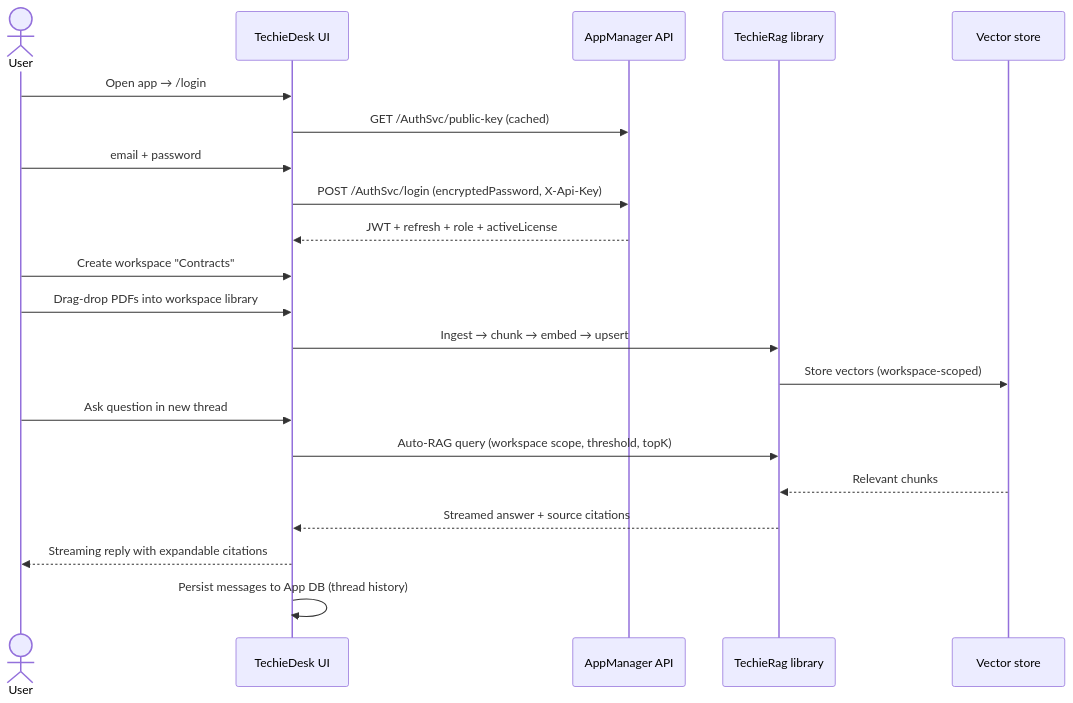
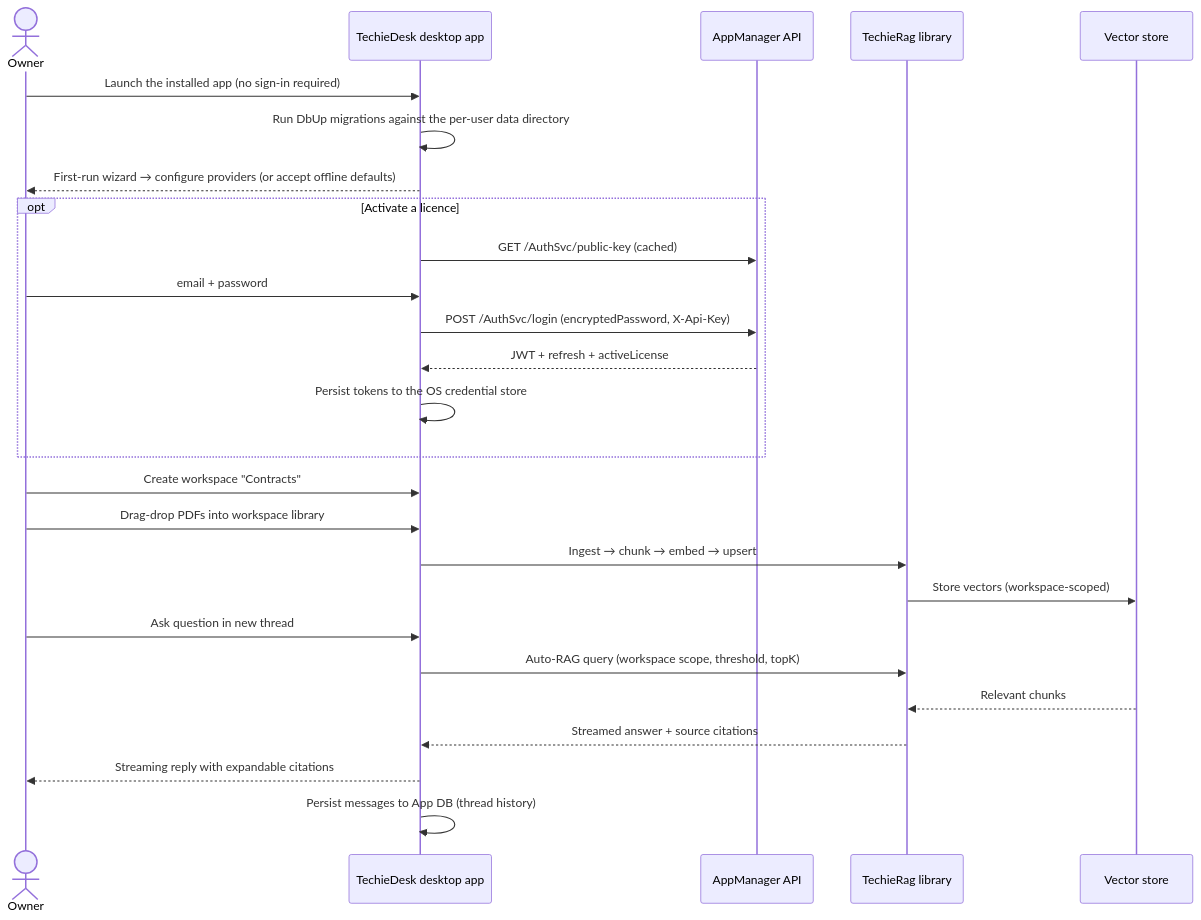
The second of 4 diagrams in docs/TechieDesk-BRD.md (techierathore/TechieRag), drawn with Mermaid before and after one commit. The commit also changed other lines of this file and 954 other files, not shown here.

Commit message:
Developing TechieDesk In Progress

````diff
--- a/docs/TechieDesk-BRD.md
+++ b/docs/TechieDesk-BRD.md
@@ -160,23 +176,28 @@
 ```mermaid
 sequenceDiagram
-  actor U as User
-  participant W as TechieDesk UI
+  actor U as Owner
+  participant W as TechieDesk desktop app
   participant AM as AppManager API
   participant L as TechieRag library
   participant V as Vector store
-  U->>W: Open app → /login
-  W->>AM: GET /AuthSvc/public-key (cached)
-  U->>W: email + password
-  W->>AM: POST /AuthSvc/login (encryptedPassword, X-Api-Key)
-  AM-->>W: JWT + refresh + role + activeLicense
+  U->>W: Launch the installed app (no sign-in required)
+  W->>W: Run DbUp migrations against the per-user data directory
+  W-->>U: First-run wizard → configure providers (or accept offline defaults)
+  opt Activate a licence
+    W->>AM: GET /AuthSvc/public-key (cached)
+    U->>W: email + password
+    W->>AM: POST /AuthSvc/login (encryptedPassword, X-Api-Key)
+    AM-->>W: JWT + refresh + activeLicense
+    W->>W: Persist tokens to the OS credential store
+  end
   U->>W: Create workspace "Contracts"
   U->>W: Drag-drop PDFs into workspace library
   W->>L: Ingest → chunk → embed → upsert
   L->>V: Store vectors (workspace-scoped)
   U->>W: Ask question in new thread
   W->>L: Auto-RAG query (workspace scope, threshold, topK)
   V-->>L: Relevant chunks
   L-->>W: Streamed answer + source citations
   W-->>U: Streaming reply with expandable citations
   W->>W: Persist messages to App DB (thread history)
 ```
````
